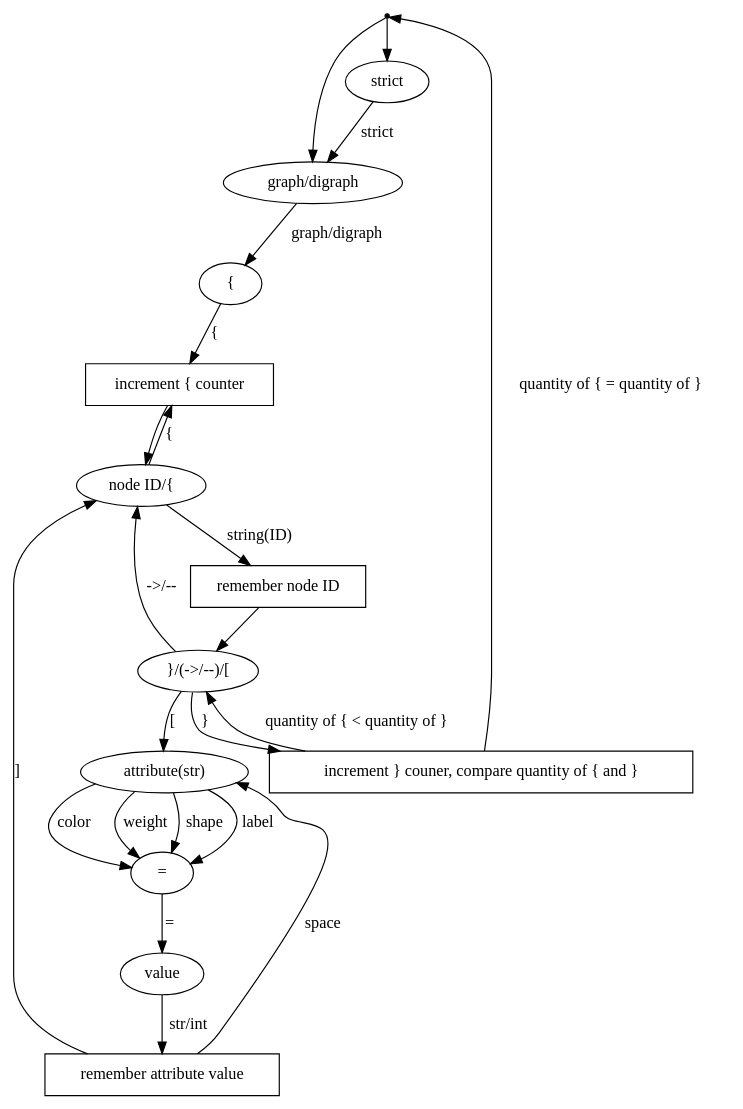
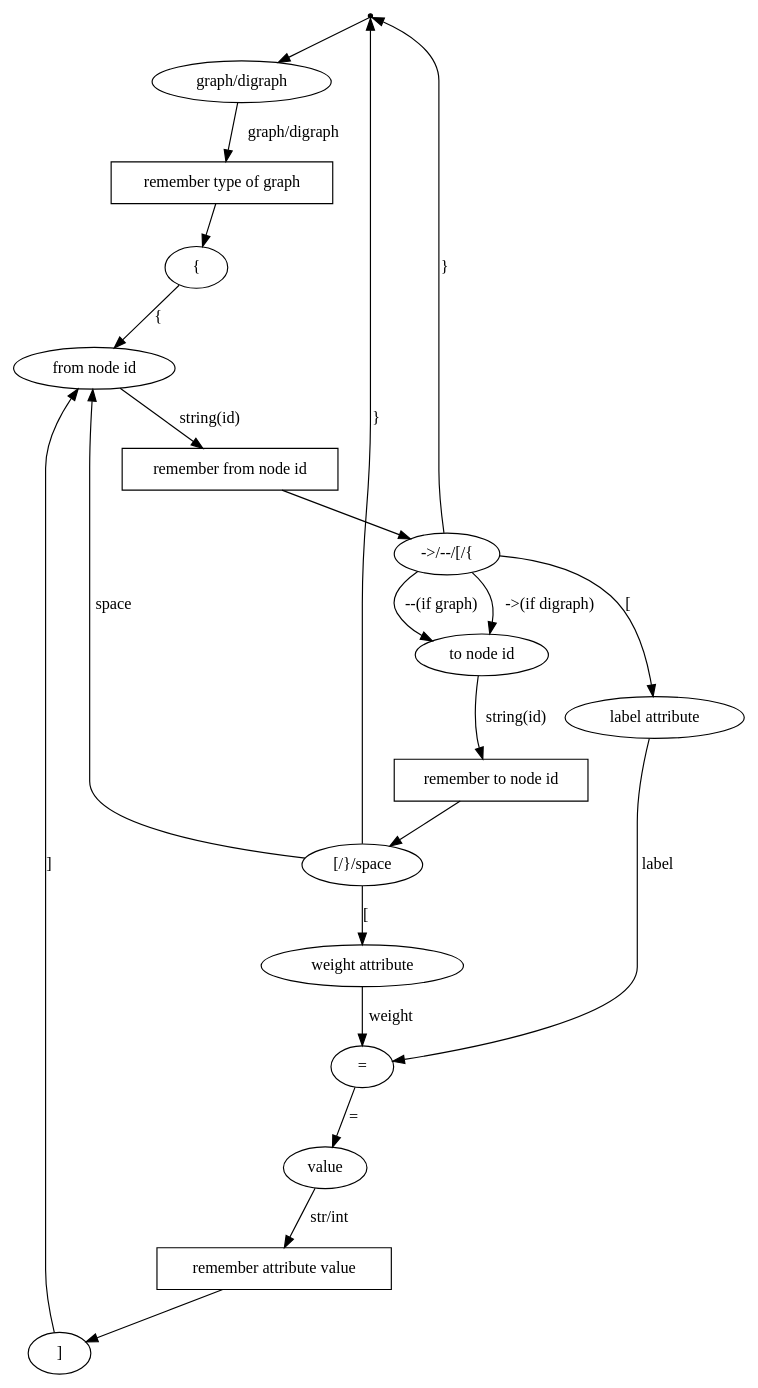
Before and after one commit to AshFungor/graph-serializer: the diagram in data/proposal/lexemes.gv, drawn with Graphviz. The commit also changed 1 other file, not shown here.

Commit message:
delete strict and change node handling

```diff
--- a/data/proposal/lexemes.gv
+++ b/data/proposal/lexemes.gv
@@ -1,46 +1,54 @@
 digraph {
 	entrypoint [shape = "point"]
-	strict_node [shape = "ellipse" label = "strict"]
 	graph_start [shape = "ellipse" label = "graph/digraph"]
-	entrypoint -> {strict_node graph_start} 
-	strict_node -> graph_start [label="strict"]
+	entrypoint -> graph_start 
+
+	remember_graph_type [shape = "box" label = "remember type of graph"]
+	graph_start -> remember_graph_type [label="graph/digraph"]
 
 	open_curly_bracket [shape = "ellipse" label = "{"]
-	after_node_id [shape = "ellipse" label = "}/(->/--)/["]
-	node_id [shape = "ellipse" label = "node ID/{"]
-	open_curly_bracket_increment [shape="box" label="increment { counter"]
-	graph_start -> open_curly_bracket [label="graph/digraph"]
-	open_curly_bracket -> open_curly_bracket_increment [label="{"]
-	node_id -> open_curly_bracket_increment [label="{"]
-	open_curly_bracket_increment -> node_id
+	remember_graph_type -> open_curly_bracket
 
+	from_node_id [shape = "ellipse" label = "from node id"]
+	open_curly_bracket -> from_node_id [label="{"]
 
-	remember_node_ID [shape="box" label="remember node ID"]
-	node_id -> remember_node_ID [label="string(ID)"]
+	remember_from_node_id [shape="box" label="remember from node id"]
+	from_node_id -> remember_from_node_id [label="string(id)"]
+	remember_from_node_id -> after_from_node_id
 
+	after_from_node_id [shape = "ellipse" label = "->/--/[/{"]
+	to_node_id [shape = "ellipse" label = "to node id"]
+	after_from_node_id -> to_node_id [label="->(if digraph)"]
+	after_from_node_id -> to_node_id [label="--(if graph)"]
+	after_from_node_id -> entrypoint [label = "}"]
 
-	attr [shape = "ellipse" label = "attribute(str)"]
-	close_curly_bracket_handler [shape = "box" label = "increment } couner, compare quantity of { and }"]
-	remember_node_ID -> after_node_id
-	after_node_id -> node_id [label="->/--"]
-	after_node_id -> close_curly_bracket_handler [label = "}"]
-	close_curly_bracket_handler -> after_node_id [label = "quantity of { < quantity of }"]
-	close_curly_bracket_handler -> entrypoint [label="quantity of { = quantity of }"]
-	after_node_id -> attr [label="["] 
-
+	label_attr [shape = "ellipse" label = "label attribute"]
+	after_from_node_id -> label_attr [label="["] 
 
 	equal [shape = "ellipse" label = "="]
-	attr -> equal [label="shape"]
-	attr -> equal [label="label"]
-	attr -> equal [label="color"]
-	attr -> equal [label="weight"]
+	label_attr -> equal [label="label"]
 
+	remember_to_node_id [shape="box" label="remember to node id"]
+	to_node_id -> remember_to_node_id [label="string(id)"]
+
+	after_to_node_id [label="[/}/space"]
+	remember_to_node_id -> after_to_node_id
+
+	after_to_node_id -> entrypoint [label = "}"]
+	after_to_node_id -> from_node_id [label = "space"]
+
+	weight_attr [shape = "ellipse" label = "weight attribute"]
+	after_to_node_id -> weight_attr [label="["] 
+
+	weight_attr -> equal [label="weight"]
 
 	attr_value [shape = "ellipse" label = "value"]
 	equal -> attr_value [label="="]
 
 	remember_attr_value [shape="box" label="remember attribute value"]
 	attr_value -> remember_attr_value [label="str/int"] 
-	remember_attr_value -> attr [label="space"]
-	remember_attr_value -> node_id [label="]"]
+
+	close_square_bracket [label = "]"]
+	remember_attr_value -> close_square_bracket
+	close_square_bracket -> from_node_id [label="]"]
 }
```
